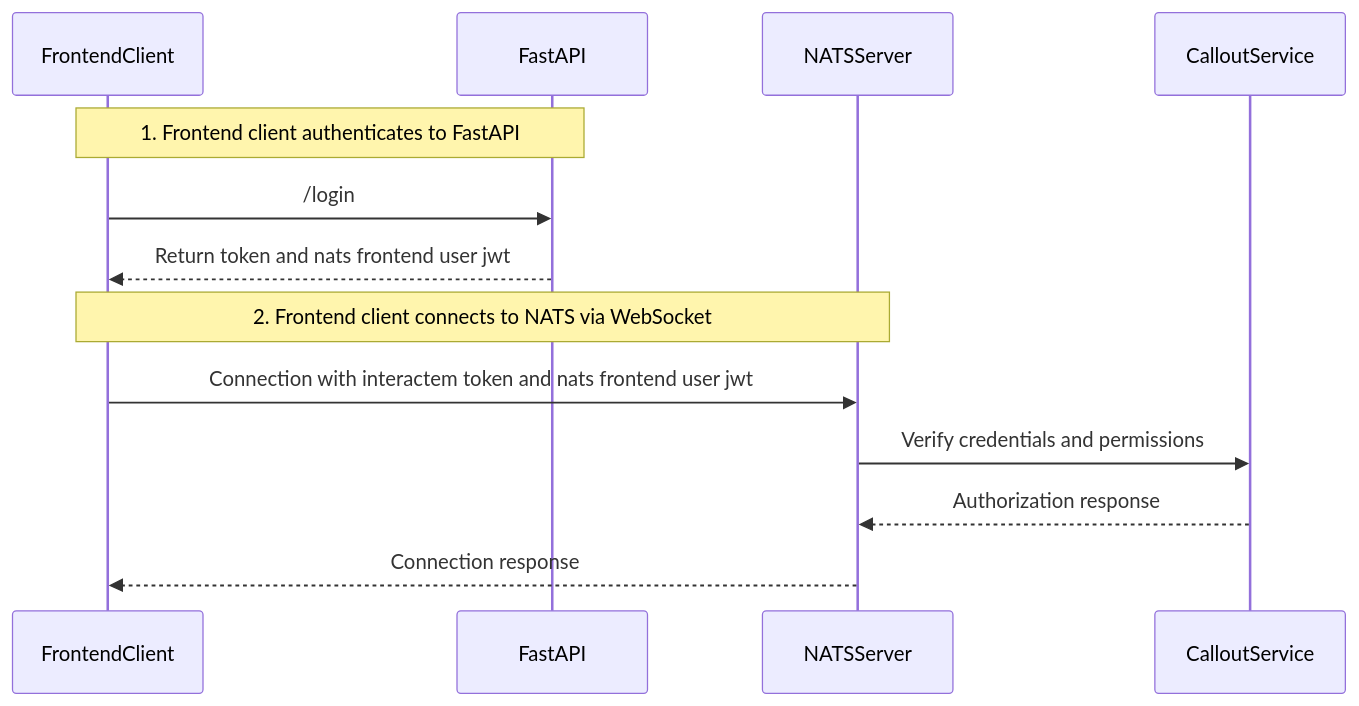
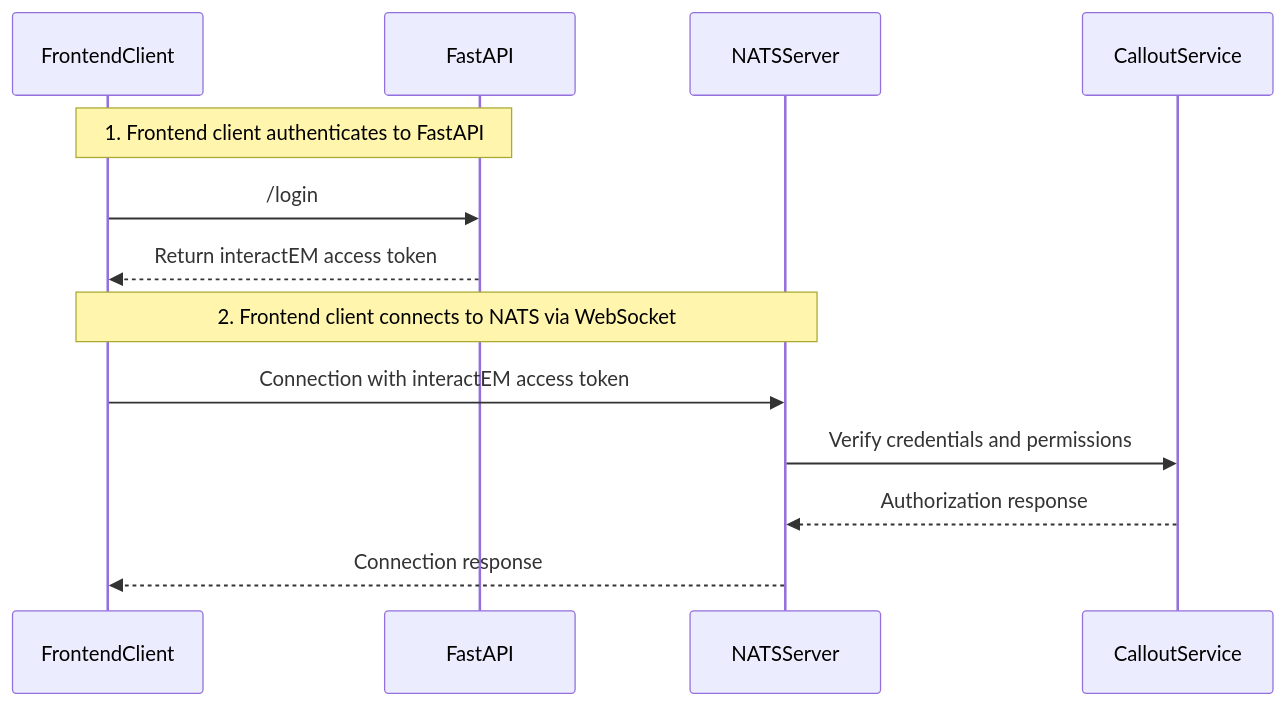
One commit to NERSC/interactEM changed the diagram in conf/nats-conf/README.md. Above: the diagram before and after it, drawn with Mermaid. The commit also changed other lines of this file, not shown here.

Commit message:
update nats-conf readme

````diff
--- a/conf/nats-conf/README.md
+++ b/conf/nats-conf/README.md
@@ -25,17 +25,17 @@
 ```mermaid
 sequenceDiagram
     participant FrontendClient
     participant FastAPI
     participant NATSServer
     participant CalloutService
     
     Note over FrontendClient, FastAPI: 1. Frontend client authenticates to FastAPI
     FrontendClient ->> FastAPI: /login
-    FastAPI -->> FrontendClient: Return token and nats frontend user jwt
+    FastAPI -->> FrontendClient: Return interactEM access token
     
     Note over FrontendClient, NATSServer: 2. Frontend client connects to NATS via WebSocket
-    FrontendClient ->> NATSServer: Connection with interactem token and nats frontend user jwt
+    FrontendClient ->> NATSServer: Connection with interactEM access token
     NATSServer ->> CalloutService: Verify credentials and permissions
     CalloutService -->> NATSServer: Authorization response
     NATSServer -->> FrontendClient: Connection response
 ```
````
